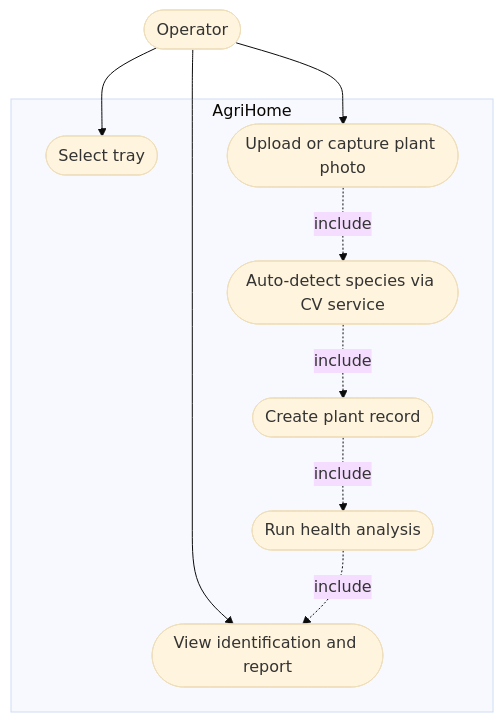
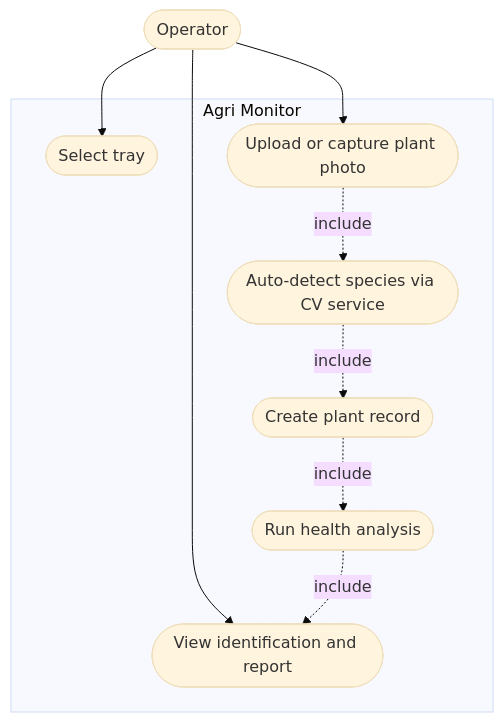
The second of 3 diagrams in docs/diagrams/04-use-cases.md (smriticodes/agri-monitor), drawn with Mermaid (base theme) before and after one commit. The commit also changed 68 other files, not shown here.

````diff
--- a/docs/diagrams/04-use-cases.md
+++ b/docs/diagrams/04-use-cases.md
@@ -43,21 +43,21 @@
 ```mermaid
 flowchart TB
   Operator([Operator])
 
-  subgraph AgriHome [AgriHome]
+  subgraph Agri Monitor [Agri Monitor]
     UC_T([Select tray])
     UC_P([Upload or capture plant photo])
     UC_D([Auto-detect species via CV service])
     UC_C([Create plant record])
     UC_H([Run health analysis])
     UC_V([View identification and report])
   end
 
   Operator --> UC_T
   Operator --> UC_P
   Operator --> UC_V
   UC_P -.->|include| UC_D
   UC_D -.->|include| UC_C
   UC_C -.->|include| UC_H
   UC_H -.->|include| UC_V
 ```
````
